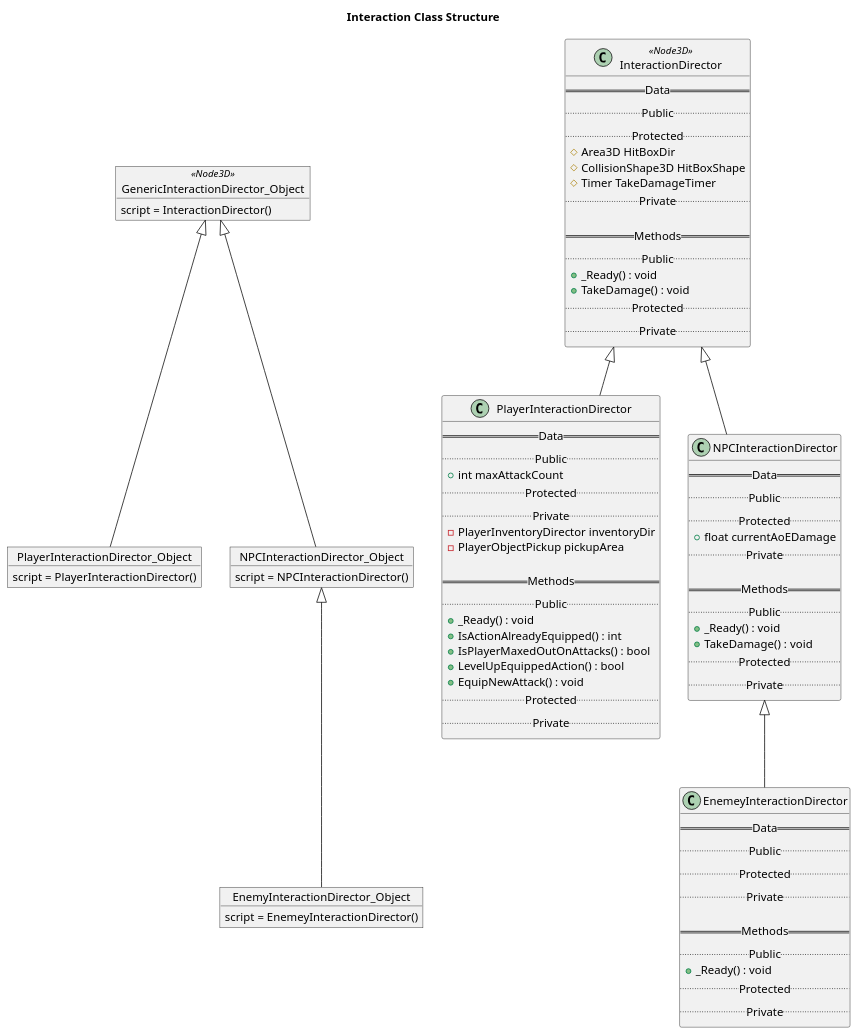
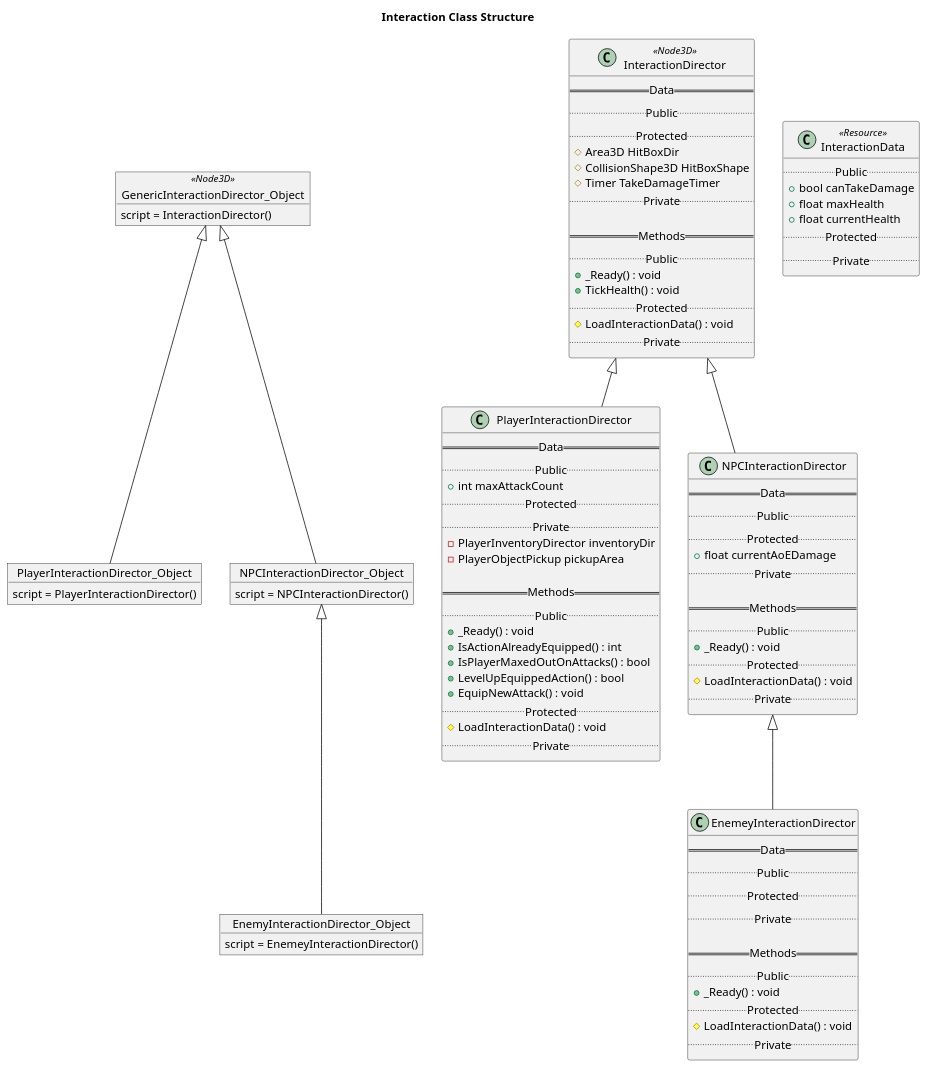
Before and after one commit to kjtkanaly/Roguelike-Shoot-Em-Up: the diagram in UML-Diagrams/src/Interaction_Class_Struct.puml, drawn with PlantUML. The commit also changed 7 other files, not shown here.

```diff
--- a/UML-Diagrams/src/Interaction_Class_Struct.puml
+++ b/UML-Diagrams/src/Interaction_Class_Struct.puml
@@ -1,98 +1,109 @@
 @startuml Interaction Class Structure
 
 title Interaction Class Structure
 
 ' Interaction Objects
 object GenericInteractionDirector_Object <<Node3D>> {
     script = InteractionDirector()
 }
 
 object PlayerInteractionDirector_Object {
     script = PlayerInteractionDirector()
 }
 
 object NPCInteractionDirector_Object {
     script = NPCInteractionDirector()
 }
 
 object EnemyInteractionDirector_Object {
     script = EnemeyInteractionDirector()
 }
 
 GenericInteractionDirector_Object <|-- PlayerInteractionDirector_Object
 GenericInteractionDirector_Object <|-- NPCInteractionDirector_Object
 NPCInteractionDirector_Object <|-- EnemyInteractionDirector_Object
 
 ' Method Classes
 class InteractionDirector <<Node3D>>{
     == Data ==
     .. Public ..
     .. Protected ..
     # Area3D HitBoxDir
     # CollisionShape3D HitBoxShape
     # Timer TakeDamageTimer
     .. Private ..
 
     == Methods ==
     .. Public ..
     + _Ready() : void
-    + TakeDamage() : void
+    + TickHealth() : void
     .. Protected ..
+    # LoadInteractionData() : void
     .. Private ..
 }
 
 class PlayerInteractionDirector {
     == Data ==
     .. Public ..
     + int maxAttackCount
     .. Protected ..
     .. Private ..
     - PlayerInventoryDirector inventoryDir
     - PlayerObjectPickup pickupArea
 
     == Methods ==
     .. Public ..
     + _Ready() : void
     + IsActionAlreadyEquipped() : int
     + IsPlayerMaxedOutOnAttacks() : bool
     + LevelUpEquippedAction() : bool
     + EquipNewAttack() : void
     .. Protected ..
+    # LoadInteractionData() : void
     .. Private ..
 }
 
 class NPCInteractionDirector {
     == Data ==
     .. Public ..
     .. Protected ..
     + float currentAoEDamage
     .. Private ..
 
     == Methods ==
     .. Public ..
     + _Ready() : void
-    + TakeDamage() : void
     .. Protected ..
+    # LoadInteractionData() : void
     .. Private ..
 }
 
 class EnemeyInteractionDirector {
     == Data ==
     .. Public ..
     .. Protected ..
     .. Private ..
 
     == Methods ==
     .. Public ..
     + _Ready() : void
     .. Protected ..
+    # LoadInteractionData() : void
     .. Private ..
 }
 
 InteractionDirector <|-- PlayerInteractionDirector
 InteractionDirector <|-- NPCInteractionDirector
 NPCInteractionDirector <|-- EnemeyInteractionDirector
 
 ' Resource Classes
+class InteractionData <<Resource>> {
+    .. Public ..
+    + bool canTakeDamage
+    + float maxHealth
+    + float currentHealth
+    .. Protected ..
+    .. Private ..
+}
 
 @enduml
```
